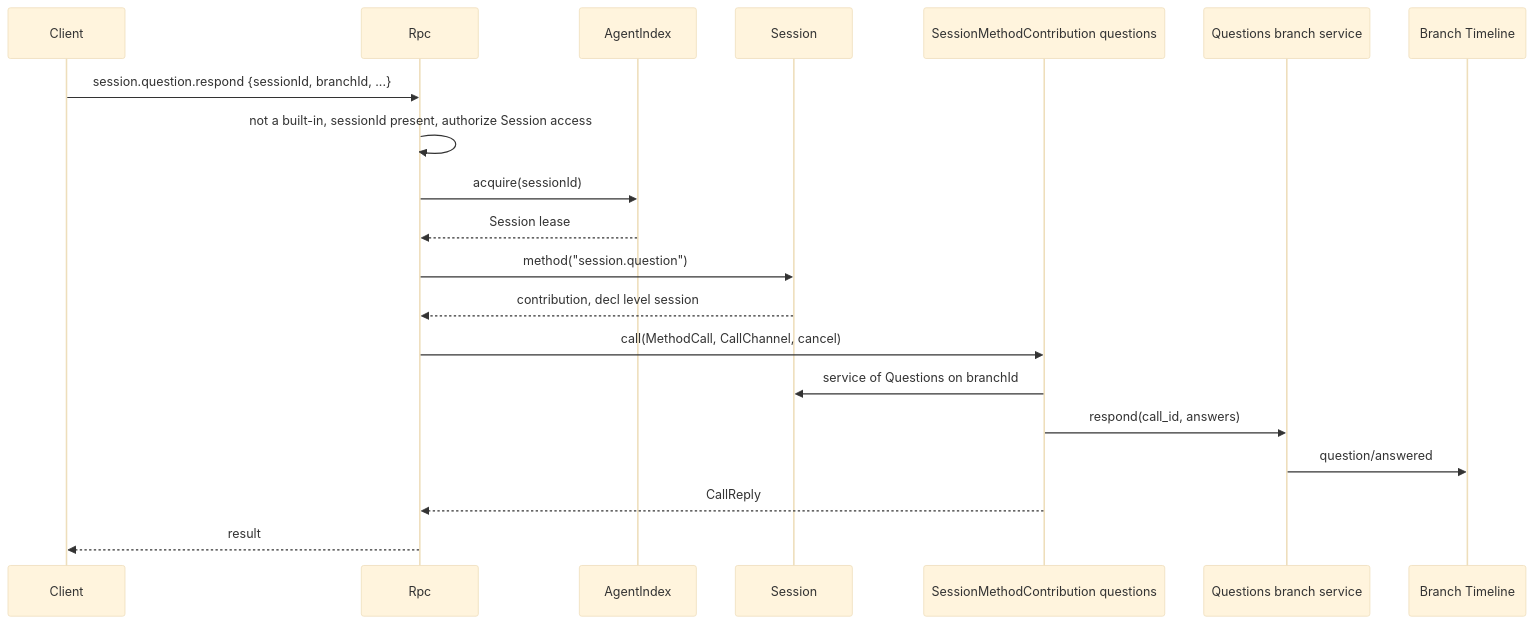
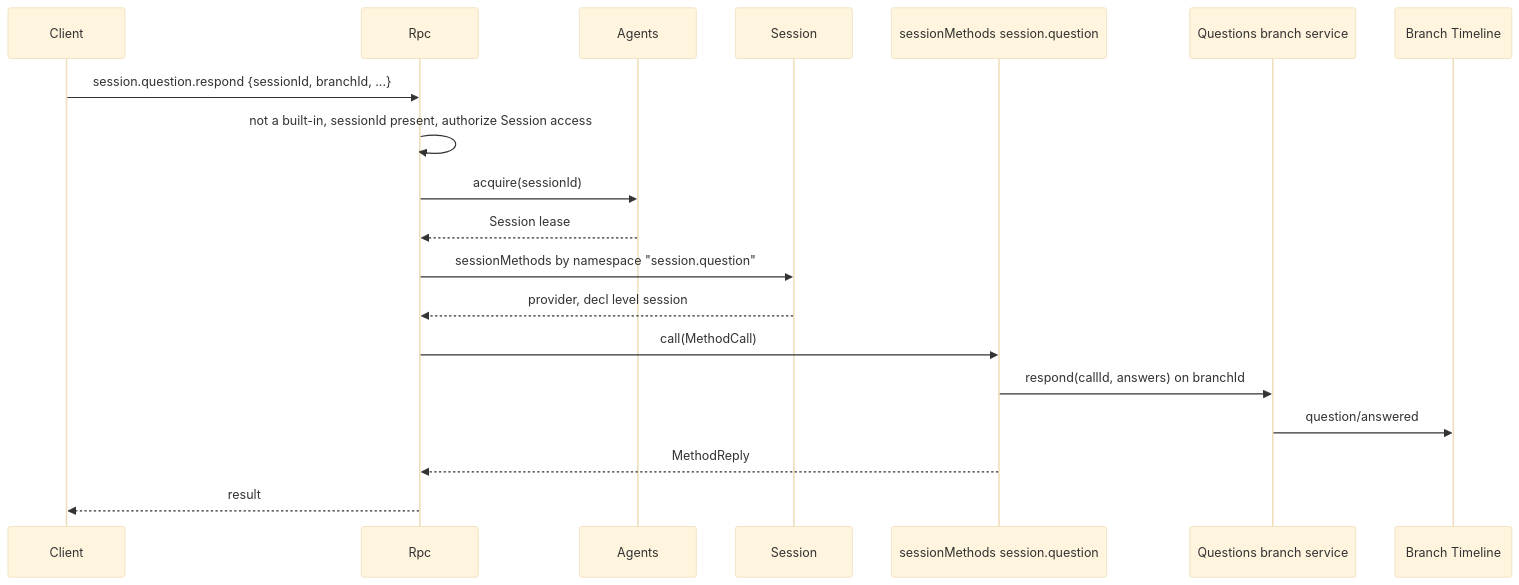
Before and after one commit to CoutinhoTTS/dim-agent: the second of 5 diagrams in docs/design/contracts/session-boundary.md, drawn with Mermaid (base theme). The commit also changed other lines of this file and 3 other files, not shown here.

````diff
--- a/docs/design/contracts/session-boundary.md
+++ b/docs/design/contracts/session-boundary.md
@@ -61,22 +73,21 @@
 ```mermaid
 sequenceDiagram
   participant CL as Client
   participant Rpc as Rpc
-  participant AI as AgentIndex
+  participant AI as Agents
   participant S as Session
-  participant Q as SessionMethodContribution questions
+  participant Q as sessionMethods session.question
   participant QB as Questions branch service
   participant TL as Branch Timeline
   CL->>Rpc: session.question.respond {sessionId, branchId, ...}
   Rpc->>Rpc: not a built-in, sessionId present, authorize Session access
   Rpc->>AI: acquire(sessionId)
   AI-->>Rpc: Session lease
-  Rpc->>S: method("session.question")
-  S-->>Rpc: contribution, decl level session
-  Rpc->>Q: call(MethodCall, CallChannel, cancel)
-  Q->>S: service of Questions on branchId
-  Q->>QB: respond(call_id, answers)
+  Rpc->>S: sessionMethods by namespace "session.question"
+  S-->>Rpc: provider, decl level session
+  Rpc->>Q: call(MethodCall)
+  Q->>QB: respond(callId, answers) on branchId
   QB->>TL: question/answered
-  Q-->>Rpc: CallReply
+  Q-->>Rpc: MethodReply
   Rpc-->>CL: result
 ```
````
